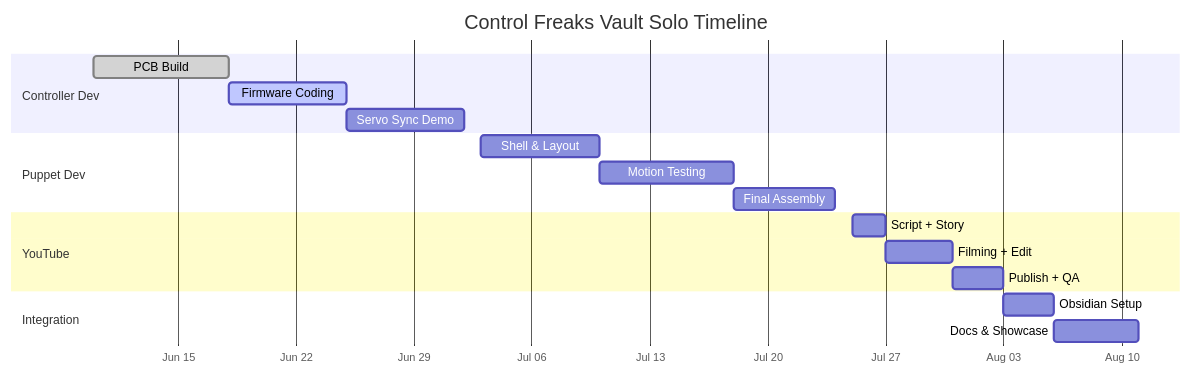
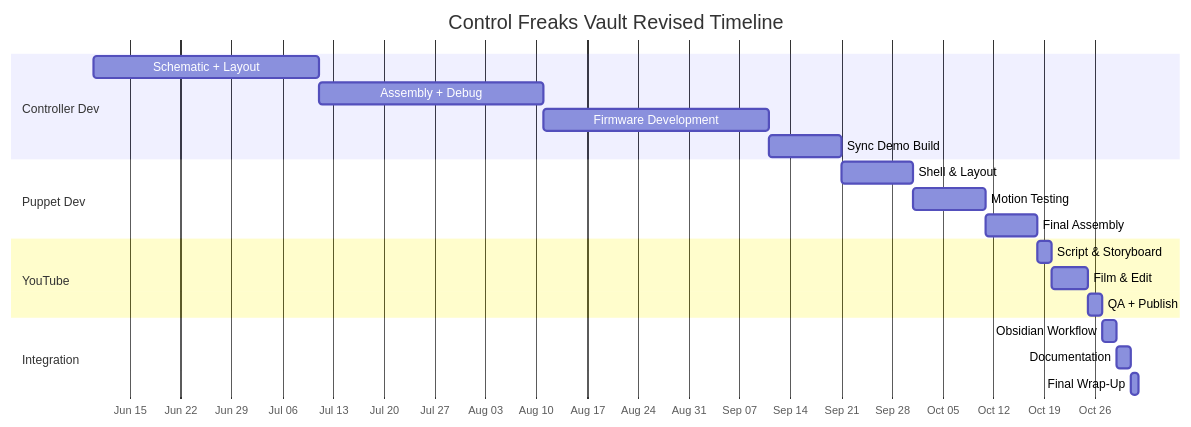
The diagram in Control_Freaks-Puppet-Project/02.Areas/How to Setup the Project Guidlines/02.Timeline/01.Timeline.md (mrthomware/1.Projects), drawn with Mermaid before and after one commit. The commit also changed other lines of this file, not shown here.

`````diff
--- a/Control_Freaks-Puppet-Project/02.Areas/How to Setup the Project Guidlines/02.Timeline/01.Timeline.md
+++ b/Control_Freaks-Puppet-Project/02.Areas/How to Setup the Project Guidlines/02.Timeline/01.Timeline.md
@@ -137,21 +126,27 @@
 ```mermaid
 gantt
-    title Control Freaks Vault Solo Timeline
+    title Control Freaks Vault Revised Timeline
     dateFormat  YYYY-MM-DD
     axisFormat  %b %d
+
     section Controller Dev
-    PCB Build         :done, t01, 2025-06-10, 8d
-    Firmware Coding   :active, t02, after t01, 7d
-    Servo Sync Demo   :       t03, after t02, 7d
+    Schematic + Layout   :t01, 2025-06-10, 31d
+    Assembly + Debug     :t02, after t01, 31d
+    Firmware Development :t03, after t02, 31d
+    Sync Demo Build      :t04, after t03, 10d
+
     section Puppet Dev
-    Shell & Layout    :       ct01, 2025-07-03, 7d
-    Motion Testing    :       ct02, after ct01, 8d
-    Final Assembly    :       ct03, after ct02, 6d
+    Shell & Layout       :ct01, after t04, 10d
+    Motion Testing       :ct02, after ct01, 10d
+    Final Assembly       :ct03, after ct02, 7d
+
     section YouTube
-    Script + Story    :       yt01, 2025-07-25, 2d
-    Filming + Edit    :       yt02, after yt01, 4d
-    Publish + QA      :       yt03, after yt02, 3d
+    Script & Storyboard  :t05, after ct03, 2d
+    Film & Edit          :t06, after t05, 5d
+    QA + Publish         :t07, after t06, 2d
+
     section Integration
-    Obsidian Setup    :       int01, 2025-08-03, 3d
-    Docs & Showcase   :       int02, after int01, 5d
+    Obsidian Workflow    :t08, after t07, 2d
+    Documentation        :t09, after t08, 2d
+    Final Wrap-Up        :t10, after t09, 1d
 ````
`````
